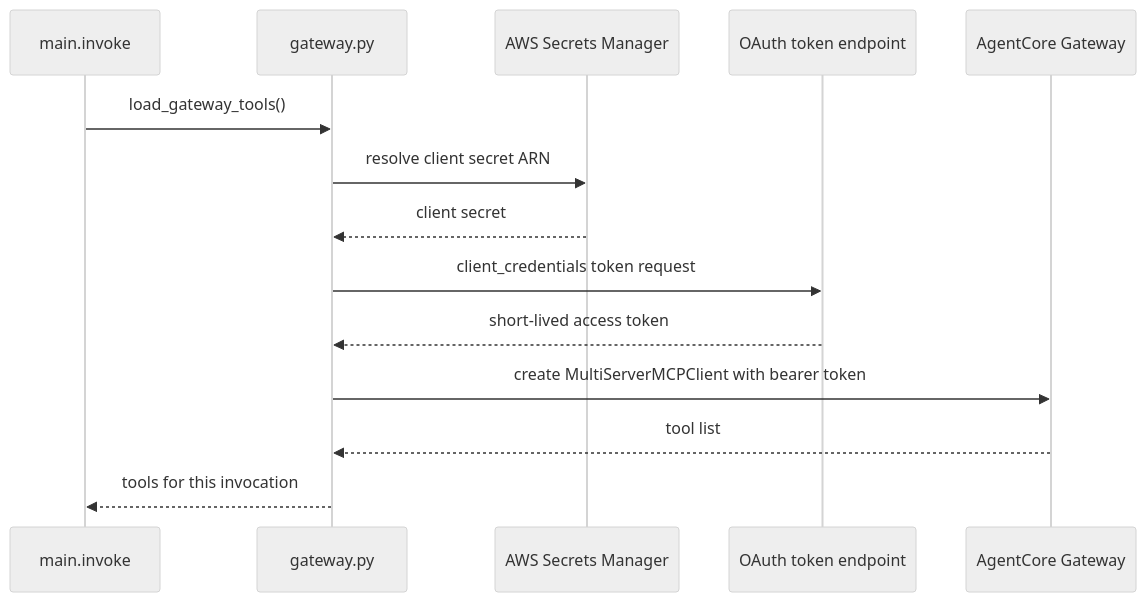
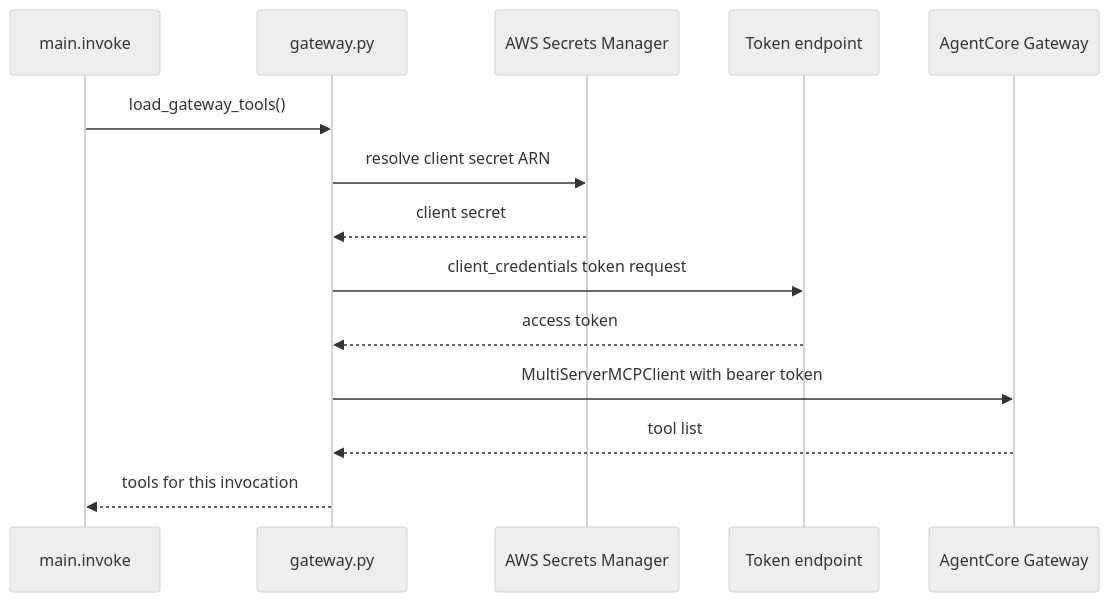
Before and after one commit to stevejgoodman/fionaa-aws: the second of 2 diagrams in openwiki/integrations/agentcore-runtime-and-gateway.md, drawn with Mermaid (neutral theme). The commit also changed other lines of this file and 37 other files, not shown here.

Commit message:
Add PASF/PADE readiness-triage assessment, architecture docs, and refreshed OpenWiki

````diff
--- a/openwiki/integrations/agentcore-runtime-and-gateway.md
+++ b/openwiki/integrations/agentcore-runtime-and-gateway.md
@@ -112,17 +118,17 @@
 ```mermaid
 sequenceDiagram
     participant Main as main.invoke
     participant Gateway as gateway.py
     participant Secrets as AWS Secrets Manager
-    participant Cognito as OAuth token endpoint
+    participant OAuth as Token endpoint
     participant MCP as AgentCore Gateway
 
     Main->>Gateway: load_gateway_tools()
     Gateway->>Secrets: resolve client secret ARN
     Secrets-->>Gateway: client secret
-    Gateway->>Cognito: client_credentials token request
-    Cognito-->>Gateway: short-lived access token
-    Gateway->>MCP: create MultiServerMCPClient with bearer token
+    Gateway->>OAuth: client_credentials token request
+    OAuth-->>Gateway: access token
+    Gateway->>MCP: MultiServerMCPClient with bearer token
     MCP-->>Gateway: tool list
     Gateway-->>Main: tools for this invocation
 ```
````
